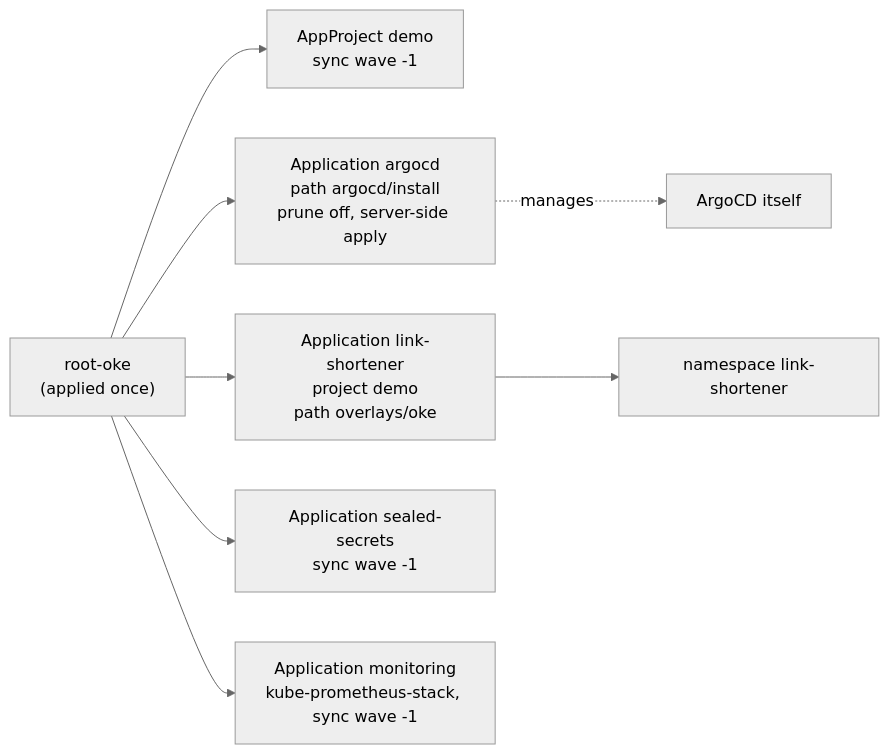
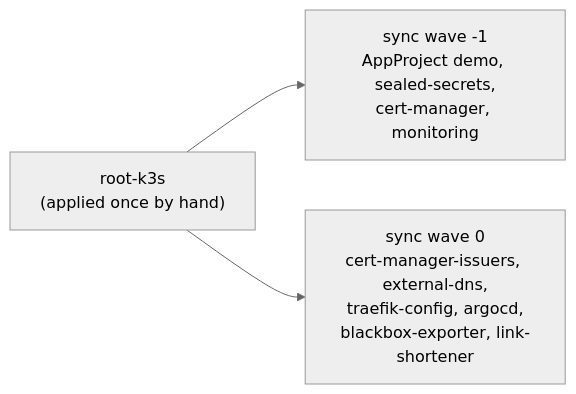
The second of 6 diagrams in docs/architecture.md (Sandeep-RN/oci-k8s-gitops-demo), drawn with Mermaid (neutral theme) before and after one commit. The commit also changed other lines of this file and 29 other files, not shown here.

First line of the commit message:
Docs: README, architecture and ADR pointers follow the move to k3s (part of #74, #58) (#135)

````diff
--- a/docs/architecture.md
+++ b/docs/architecture.md
@@ -105,10 +112,5 @@
 ```mermaid
 flowchart LR
-    root["root-oke<br/>(applied once)"] --> proj["AppProject demo<br/>sync wave -1"]
-    root --> argo["Application argocd<br/>path argocd/install<br/>prune off, server-side apply"]
-    root --> app["Application link-shortener<br/>project demo<br/>path overlays/oke"]
-    root --> ss["Application sealed-secrets<br/>sync wave -1"]
-    root --> mon["Application monitoring<br/>kube-prometheus-stack, sync wave -1"]
-    argo -. manages .-> argocd_ns["ArgoCD itself"]
-    app --> ns["namespace link-shortener"]
+    root["root-k3s<br/>(applied once by hand)"] --> early["sync wave -1<br/>AppProject demo, sealed-secrets,<br/>cert-manager, monitoring"]
+    root --> later["sync wave 0<br/>cert-manager-issuers, external-dns,<br/>traefik-config, argocd,<br/>blackbox-exporter, link-shortener"]
 ```
````
